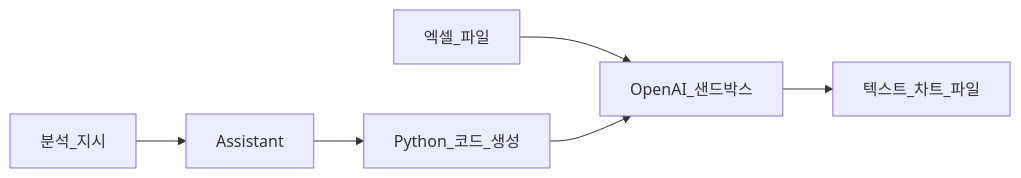
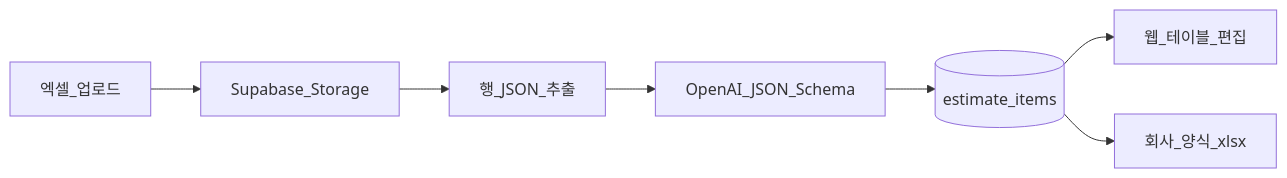
Before and after one commit to DevCoreDXI76/excel-analysis: the second of 2 diagrams in docs/02_tech_stack.md, drawn with Mermaid. The commit also changed other lines of this file and 41 other files, not shown here.

First line of the commit message:
feat: v2 Structured Output parsing, table CRUD, export, and meeting room fields

````diff
--- a/docs/02_tech_stack.md
+++ b/docs/02_tech_stack.md
@@ -205,8 +205,9 @@
 ```mermaid
 flowchart LR
-  File[엑셀_파일] --> Sandbox[OpenAI_샌드박스]
-  Prompt[분석_지시] --> Assistant[Assistant]
-  Assistant --> Python[Python_코드_생성]
-  Python --> Sandbox
-  Sandbox --> Output[텍스트_차트_파일]
+  Upload[엑셀_업로드] --> Storage[Supabase_Storage]
+  Storage --> Pre[행_JSON_추출]
+  Pre --> AI[OpenAI_JSON_Schema]
+  AI --> DB[(estimate_items)]
+  DB --> UI[웹_테이블_편집]
+  DB --> Export[회사_양식_xlsx]
 ```
````
